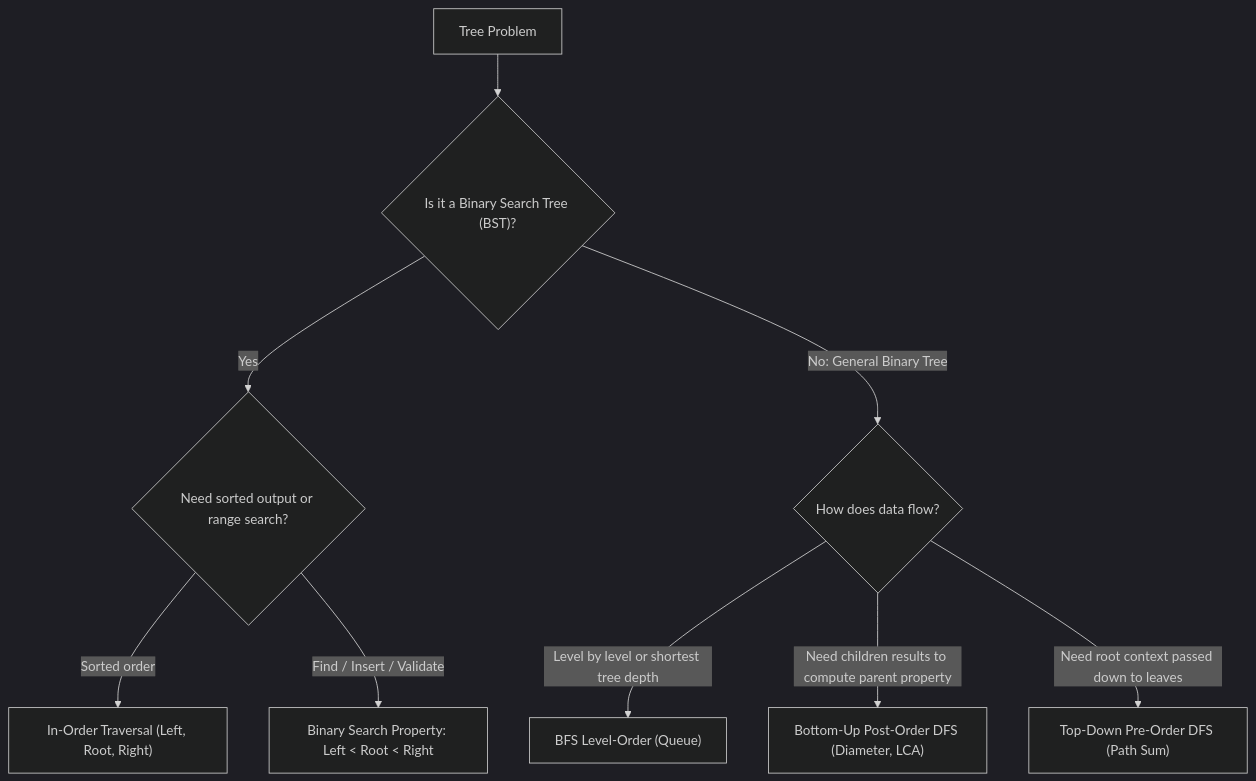
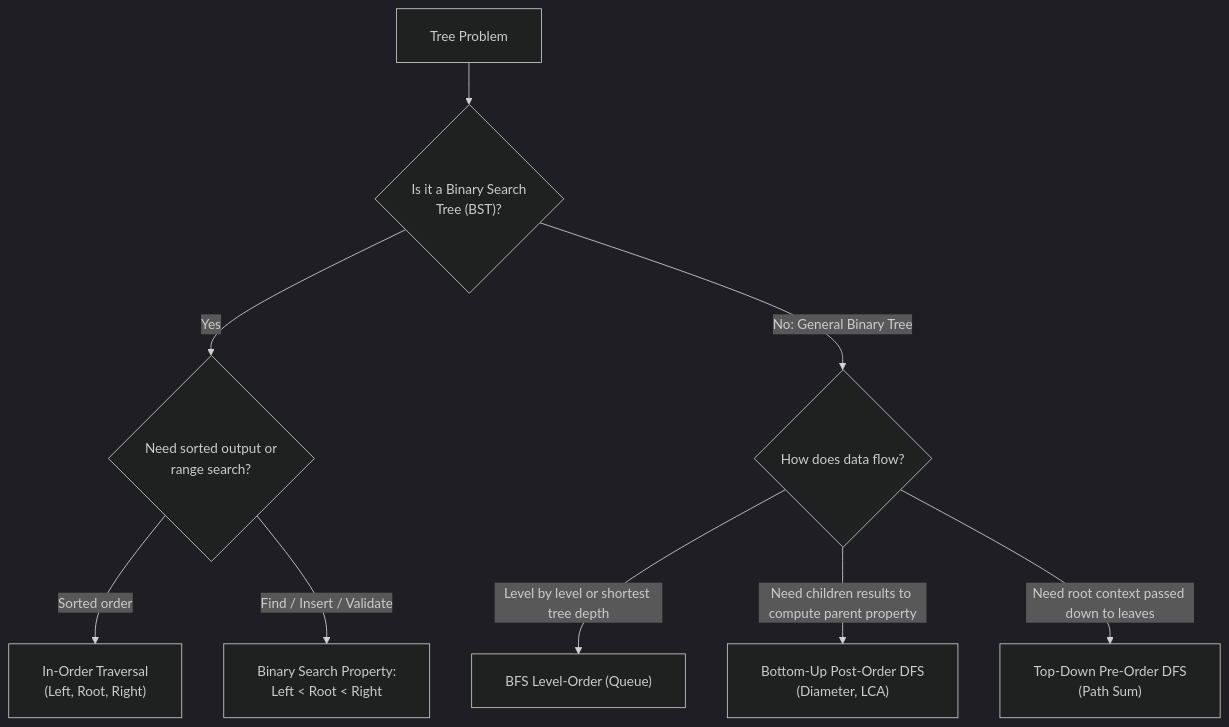
One commit to dip4k/DSA_102 changed the diagram in week_07_trees_and_balanced_search_trees/support files/Week_07_Problem_Solving_Roadmap.md. Above: the diagram before and after it, drawn with Mermaid (dark theme). The commit also changed 108 other files, not shown here.

First line of the commit message:
fix(mermaid): resolve diagram clipping, padding, and syntax issues across repo

````diff
--- a/week_07_trees_and_balanced_search_trees/support files/Week_07_Problem_Solving_Roadmap.md
+++ b/week_07_trees_and_balanced_search_trees/support files/Week_07_Problem_Solving_Roadmap.md
@@ -16,11 +16,12 @@
 ```mermaid
+%%{init: {"flowchart": {"htmlLabels": true, "padding": 20}}}%%
 flowchart TD
-    Start["Tree Problem"] --> Q1{"Is it a Binary Search Tree (BST)?"}
-    Q1 -->|Yes| Q2{"Need sorted output or range search?"}
-    Q2 -->|Sorted order| P1["In-Order Traversal (Left, Root, Right)"]
-    Q2 -->|Find / Insert / Validate| P2["Binary Search Property: Left &lt; Root &lt; Right"]
+    Start["Tree Problem"] --> Q1{"Is it a Binary Search<br/>Tree (BST)?"}
+    Q1 -->|Yes| Q2{"Need sorted output or<br/>range search?"}
+    Q2 -->|Sorted order| P1["In-Order Traversal<br/>(Left, Root, Right)"]
+    Q2 -->|Find / Insert / Validate| P2["Binary Search Property:<br/>Left &lt; Root &lt; Right"]
     Q1 -->|No: General Binary Tree| Q3{"How does data flow?"}
     Q3 -->|Level by level or shortest tree depth| P3["BFS Level-Order (Queue)"]
-    Q3 -->|Need children results to compute parent property| P4["Bottom-Up Post-Order DFS (Diameter, LCA)"]
-    Q3 -->|Need root context passed down to leaves| P5["Top-Down Pre-Order DFS (Path Sum)"]
+    Q3 -->|Need children results to compute parent property| P4["Bottom-Up Post-Order DFS<br/>(Diameter, LCA)"]
+    Q3 -->|Need root context passed down to leaves| P5["Top-Down Pre-Order DFS<br/>(Path Sum)"]
 ```
````
